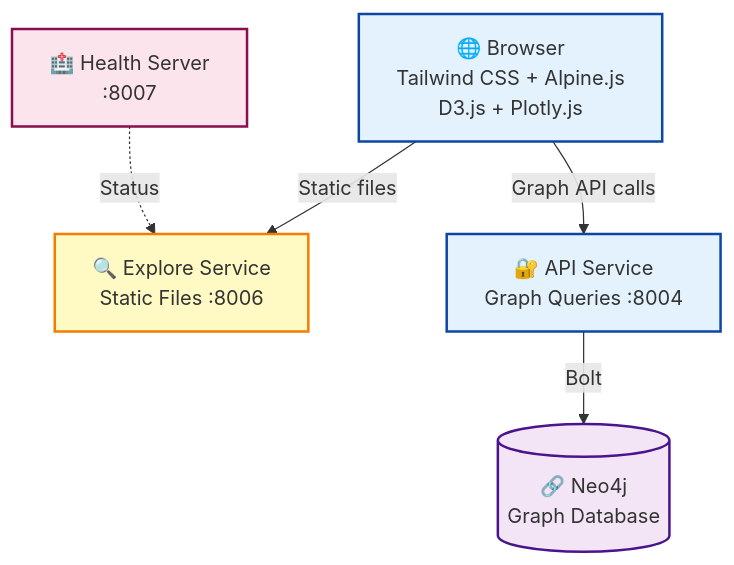
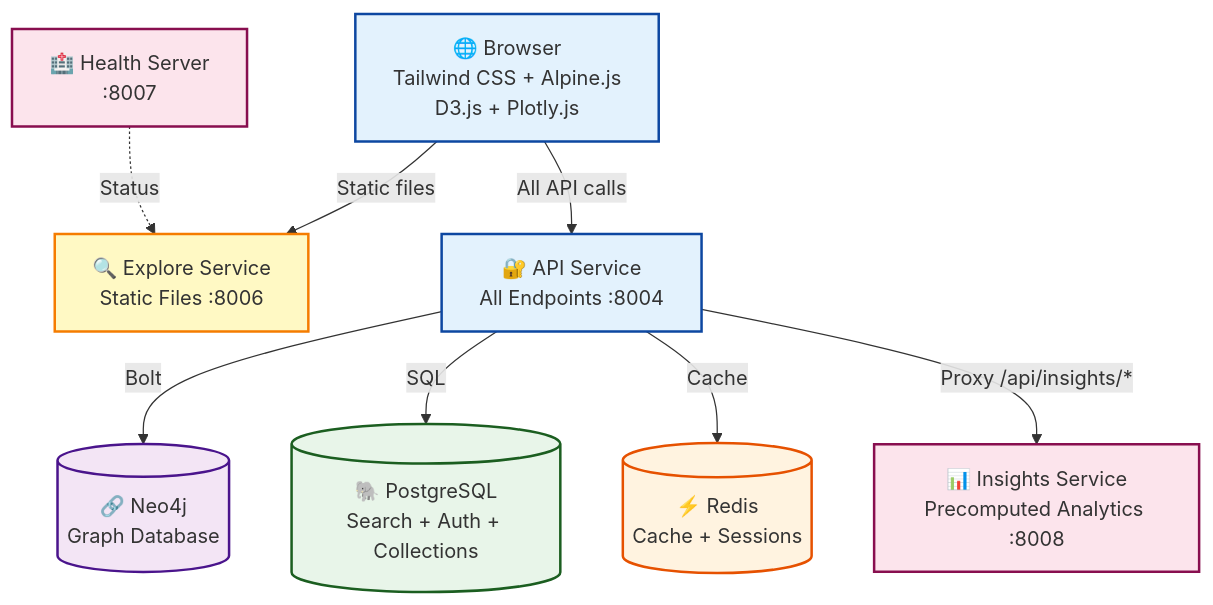
One commit to SimplicityGuy/discogsography changed the second of 2 diagrams in explore/README.md. Above: the diagram before and after it, drawn with Mermaid. The commit also changed other lines of this file and 5 other files, not shown here.

````diff
--- a/explore/README.md
+++ b/explore/README.md
@@ -53,19 +175,28 @@
 ```mermaid
 graph TD
     UI["🌐 Browser<br/>Tailwind CSS + Alpine.js<br/>D3.js + Plotly.js"]
     EXPLORE["🔍 Explore Service<br/>Static Files :8006"]
     HEALTH["🏥 Health Server<br/>:8007"]
-    APISERVICE["🔐 API Service<br/>Graph Queries :8004"]
+    APISERVICE["🔐 API Service<br/>All Endpoints :8004"]
     NEO4J[("🔗 Neo4j<br/>Graph Database")]
+    POSTGRES[("🐘 PostgreSQL<br/>Search + Auth + Collections")]
+    REDIS[("⚡ Redis<br/>Cache + Sessions")]
+    INSIGHTS["📊 Insights Service<br/>Precomputed Analytics :8008"]
 
     UI -->|Static files| EXPLORE
-    UI -->|Graph API calls| APISERVICE
+    UI -->|All API calls| APISERVICE
     APISERVICE -->|Bolt| NEO4J
+    APISERVICE -->|SQL| POSTGRES
+    APISERVICE -->|Cache| REDIS
+    APISERVICE -->|Proxy /api/insights/*| INSIGHTS
     HEALTH -.->|Status| EXPLORE
 
     style UI fill:#e3f2fd,stroke:#0d47a1,stroke-width:2px
     style EXPLORE fill:#fff9c4,stroke:#f57c00,stroke-width:2px
     style HEALTH fill:#fce4ec,stroke:#880e4f,stroke-width:2px
     style APISERVICE fill:#e3f2fd,stroke:#0d47a1,stroke-width:2px
     style NEO4J fill:#f3e5f5,stroke:#4a148c,stroke-width:2px
+    style POSTGRES fill:#e8f5e9,stroke:#1b5e20,stroke-width:2px
+    style REDIS fill:#fff3e0,stroke:#e65100,stroke-width:2px
+    style INSIGHTS fill:#fce4ec,stroke:#880e4f,stroke-width:2px
 ```
````
